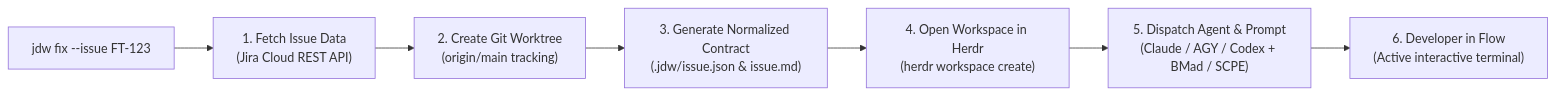
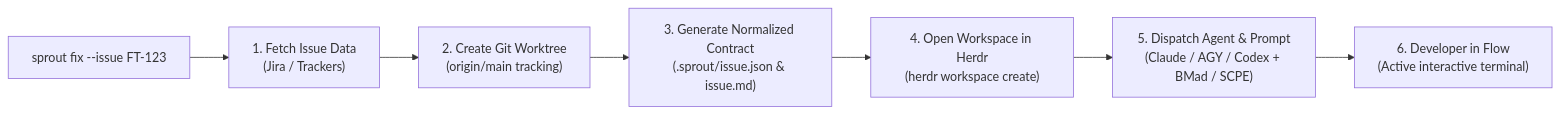
The diagram in README.md (bfs2021/sprout), drawn with Mermaid before and after one commit. The commit also changed other lines of this file and 5 other files, not shown here.

Commit message:
feat(rename): rename project from JDW to Sprout

````diff
--- a/README.md
+++ b/README.md
@@ -51,9 +53,9 @@
 ```mermaid
 flowchart LR
-    A["jdw fix --issue FT-123"] --> B["1. Fetch Issue Data\n(Jira Cloud REST API)"]
+    A["sprout fix --issue FT-123"] --> B["1. Fetch Issue Data\n(Jira / Trackers)"]
     B --> C["2. Create Git Worktree\n(origin/main tracking)"]
-    C --> D["3. Generate Normalized Contract\n(.jdw/issue.json & issue.md)"]
+    C --> D["3. Generate Normalized Contract\n(.sprout/issue.json & issue.md)"]
     D --> E["4. Open Workspace in Herdr\n(herdr workspace create)"]
     E --> F["5. Dispatch Agent & Prompt\n(Claude / AGY / Codex + BMad / SCPE)"]
     F --> G["6. Developer in Flow\n(Active interactive terminal)"]
 ```
````
